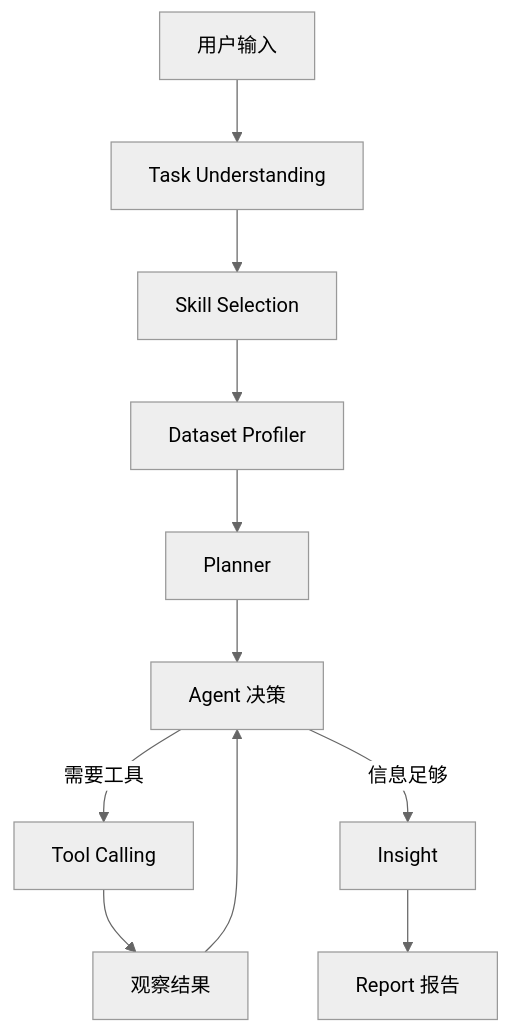
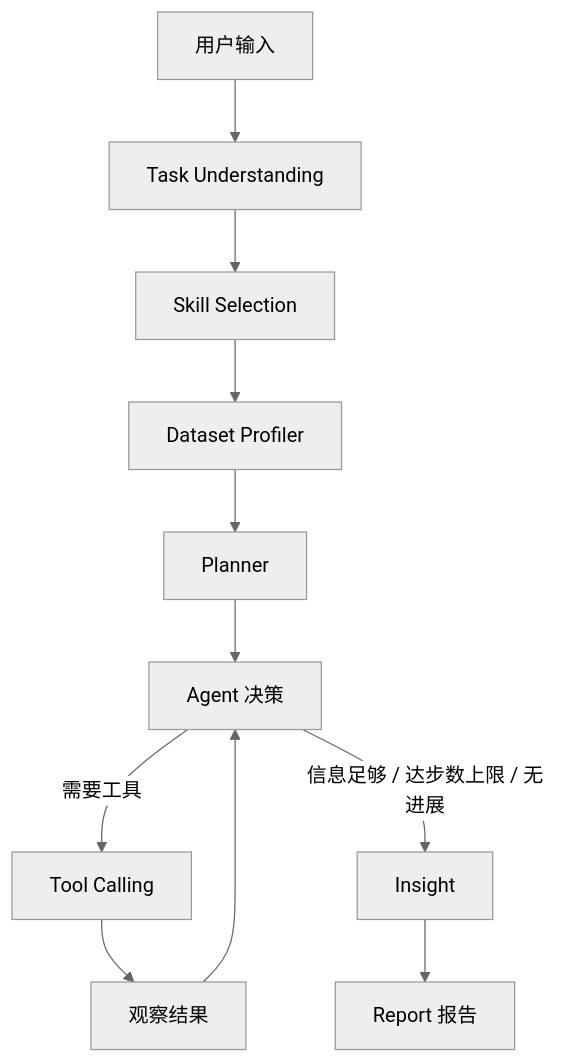
One commit to non-precipitating-cloud/ai-data-analyst-agent changed the second of 2 diagrams in README.md. Above: the diagram before and after it, drawn with Mermaid (neutral theme). The commit also changed other lines of this file and 48 other files, not shown here.

````diff
--- a/README.md
+++ b/README.md
@@ -65,13 +76,13 @@
 ```mermaid
 flowchart TD
     A[用户输入] --> B[Task Understanding]
     B --> C[Skill Selection]
     C --> D[Dataset Profiler]
     D --> E[Planner]
     E --> F[Agent 决策]
     F -->|需要工具| G[Tool Calling]
     G --> H[观察结果]
     H --> F
-    F -->|信息足够| I[Insight]
+    F -->|信息足够 / 达步数上限 / 无进展| I[Insight]
     I --> J[Report 报告]
 ```
````
